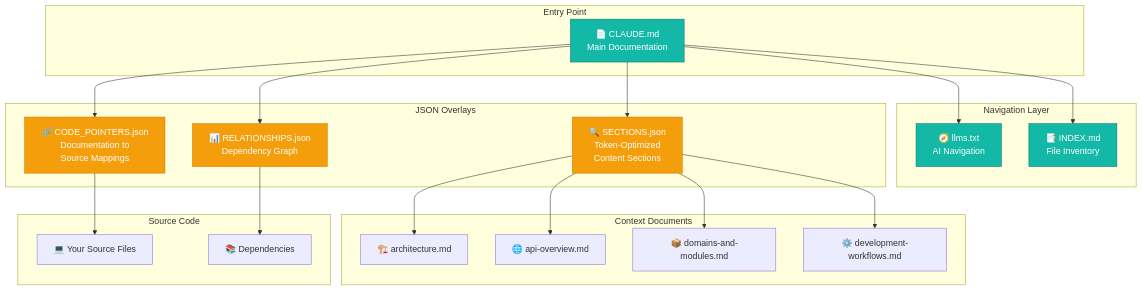
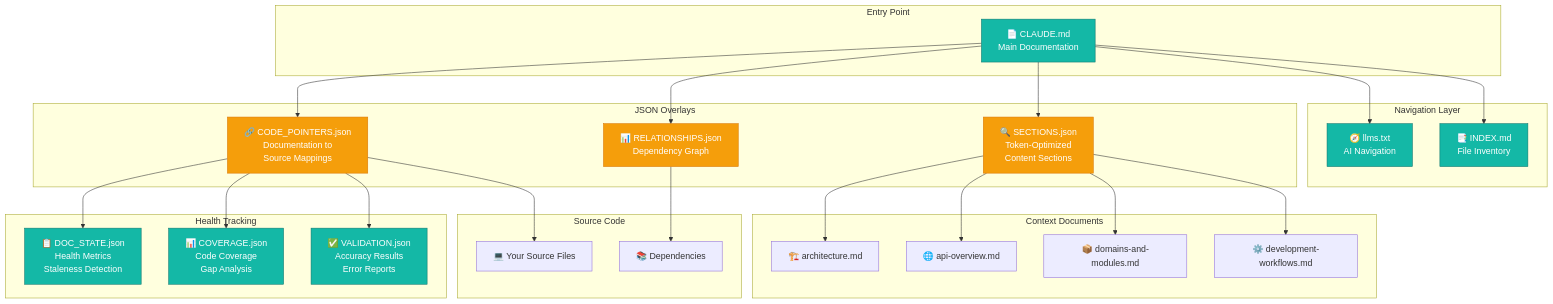
One commit to justfinethanku/ultra-doc changed the first of 10 diagrams in README.md. Above: the diagram before and after it, drawn with Mermaid. The commit also changed other lines of this file, not shown here.

````diff
--- a/README.md
+++ b/README.md
@@ -102,50 +112,62 @@
 ```mermaid
 graph TB
     subgraph "Entry Point"
     CLAUDE[📄 CLAUDE.md<br/>Main Documentation]
     end
 
     subgraph "Navigation Layer"
     llms[🧭 llms.txt<br/>AI Navigation]
     INDEX[📑 INDEX.md<br/>File Inventory]
     end
 
     subgraph "JSON Overlays"
     SECTIONS[🔍 SECTIONS.json<br/>Token-Optimized<br/>Content Sections]
     POINTERS[🔗 CODE_POINTERS.json<br/>Documentation to<br/>Source Mappings]
     RELATIONS[📊 RELATIONSHIPS.json<br/>Dependency Graph]
+    end
+
+    subgraph "Health Tracking"
+    STATE[📋 DOC_STATE.json<br/>Health Metrics<br/>Staleness Detection]
+    COVERAGE[📊 COVERAGE.json<br/>Code Coverage<br/>Gap Analysis]
+    VALIDATION[✅ VALIDATION.json<br/>Accuracy Results<br/>Error Reports]
     end
 
     subgraph "Context Documents"
     arch[🏗️ architecture.md]
     api[🌐 api-overview.md]
     domains[📦 domains-and-modules.md]
     workflows[⚙️ development-workflows.md]
     end
 
     subgraph "Source Code"
     src[💻 Your Source Files]
     deps[📚 Dependencies]
     end
 
     CLAUDE --> llms
     CLAUDE --> INDEX
     CLAUDE --> SECTIONS
     CLAUDE --> POINTERS
     CLAUDE --> RELATIONS
 
     SECTIONS --> arch
     SECTIONS --> api
     SECTIONS --> domains
     SECTIONS --> workflows
 
     POINTERS --> src
+    POINTERS --> STATE
+    POINTERS --> COVERAGE
+    POINTERS --> VALIDATION
     RELATIONS --> deps
 
     style CLAUDE fill:#14b8a6,stroke:#0f766e,color:#fff
     style SECTIONS fill:#f59e0b,stroke:#d97706,color:#fff
     style POINTERS fill:#f59e0b,stroke:#d97706,color:#fff
     style RELATIONS fill:#f59e0b,stroke:#d97706,color:#fff
+    style STATE fill:#14b8a6,stroke:#0f766e,color:#fff
+    style COVERAGE fill:#14b8a6,stroke:#0f766e,color:#fff
+    style VALIDATION fill:#14b8a6,stroke:#0f766e,color:#fff
     style llms fill:#14b8a6,stroke:#0f766e,color:#fff
     style INDEX fill:#14b8a6,stroke:#0f766e,color:#fff
 ```
````
